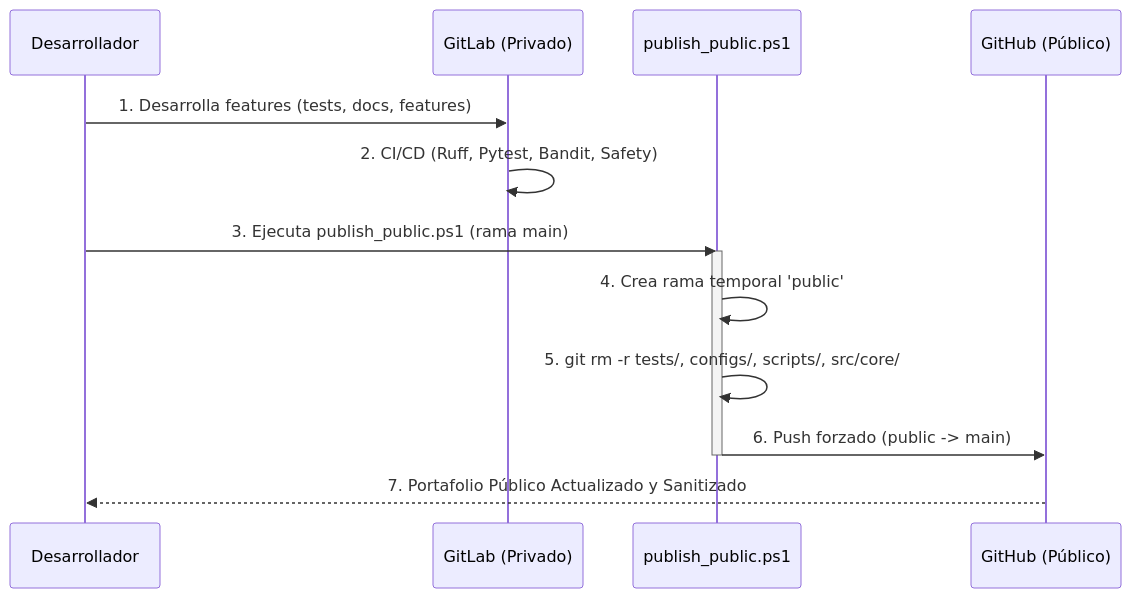
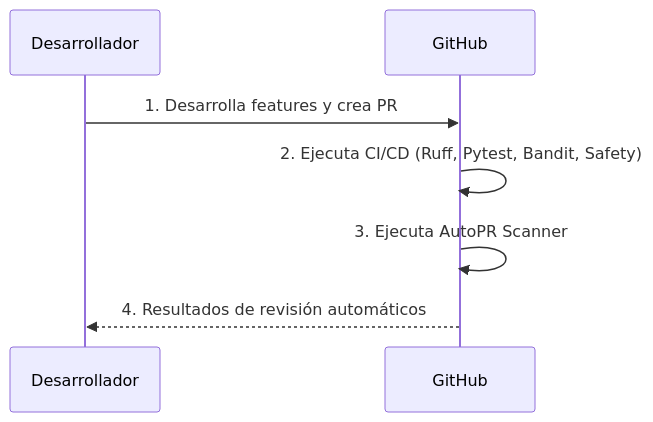
Before and after one commit to devsebastian44/AutoPR-Lab: the diagram in diagrams/architecture.md, drawn with Mermaid. The commit also changed other lines of this file and 3 other files, not shown here.

Commit message:
chore: remove GitLab dependencies and optimize for GitHub

````diff
--- a/diagrams/architecture.md
+++ b/diagrams/architecture.md
@@ -7,17 +7,10 @@
 ```mermaid
 sequenceDiagram
     participant Dev as Desarrollador
-    participant GitLab as GitLab (Privado)
-    participant Script as publish_public.ps1
-    participant GitHub as GitHub (Público)
+    participant GitHub as GitHub
 
-    Dev->>GitLab: 1. Desarrolla features (tests, docs, features)
-    GitLab->>GitLab: 2. CI/CD (Ruff, Pytest, Bandit, Safety)
-    Dev->>Script: 3. Ejecuta publish_public.ps1 (rama main)
-    activate Script
-    Script->>Script: 4. Crea rama temporal 'public'
-    Script->>Script: 5. git rm -r tests/, configs/, scripts/, src/core/
-    Script->>GitHub: 6. Push forzado (public -> main)
-    deactivate Script
-    GitHub-->>Dev: 7. Portafolio Público Actualizado y Sanitizado
+    Dev->>GitHub: 1. Desarrolla features y crea PR
+    GitHub->>GitHub: 2. Ejecuta CI/CD (Ruff, Pytest, Bandit, Safety)
+    GitHub->>GitHub: 3. Ejecuta AutoPR Scanner
+    GitHub-->>Dev: 4. Resultados de revisión automáticos
 ```
````
